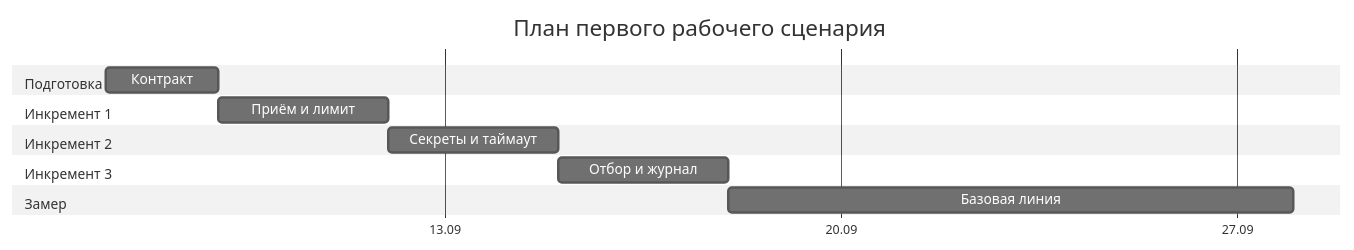
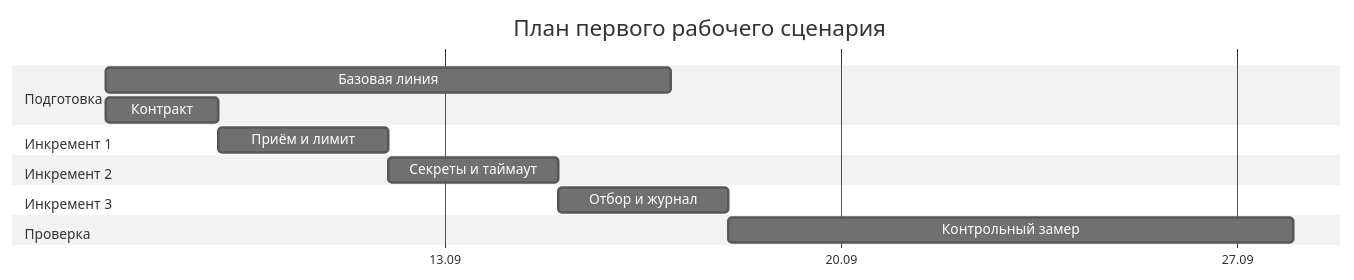
The diagram in practices/practice_01/project_management.md (ai-course-avito/ITMOv2), drawn with Mermaid (neutral theme) before and after one commit. The commit also changed other lines of this file and 1 other file, not shown here.

````diff
--- a/practices/practice_01/project_management.md
+++ b/practices/practice_01/project_management.md
@@ -15,18 +15,19 @@
 ```mermaid
 gantt
     title План первого рабочего сценария
     dateFormat YYYY-MM-DD
     axisFormat %d.%m
     tickInterval 1week
     todayMarker off
     section Подготовка
+    Базовая линия :a0, 2026-09-07, 10d
     Контракт :a1, 2026-09-07, 2d
     section Инкремент 1
     Приём и лимит :a2, after a1, 3d
     section Инкремент 2
     Секреты и таймаут :a3, after a2, 3d
     section Инкремент 3
     Отбор и журнал :a4, after a3, 3d
-    section Замер
-    Базовая линия :a5, after a4, 10d
+    section Проверка
+    Контрольный замер :a5, after a4, 10d
 ```
````
